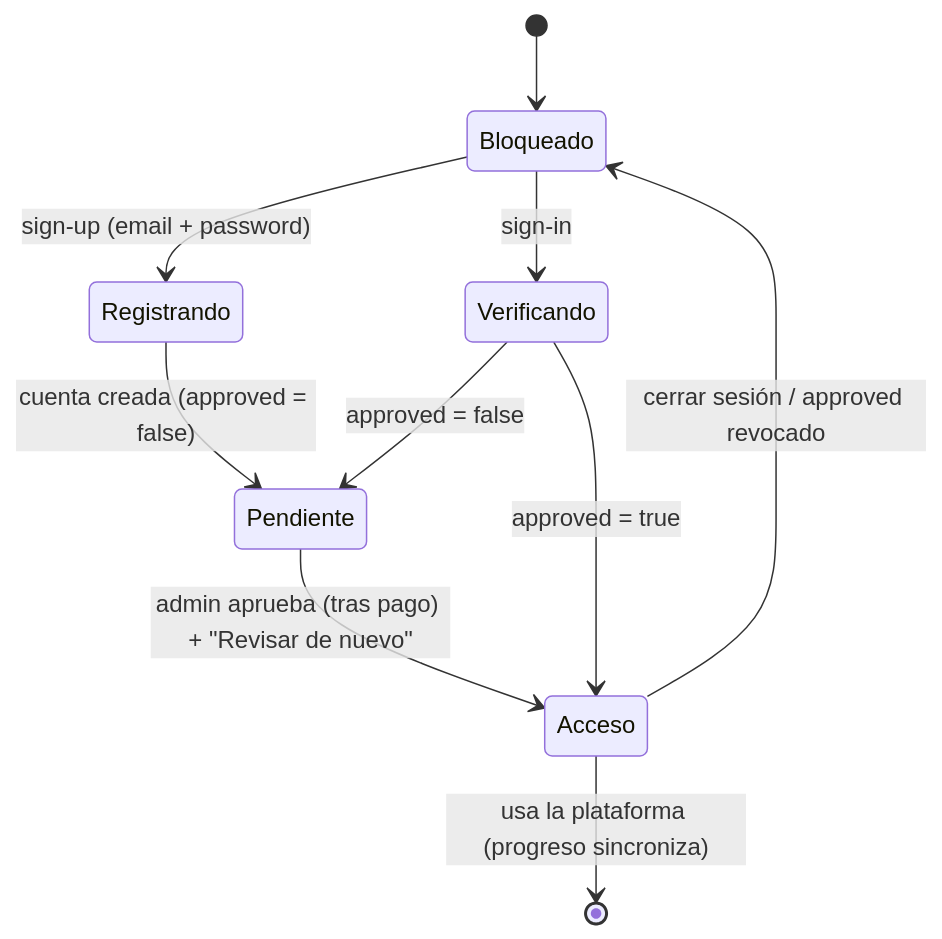
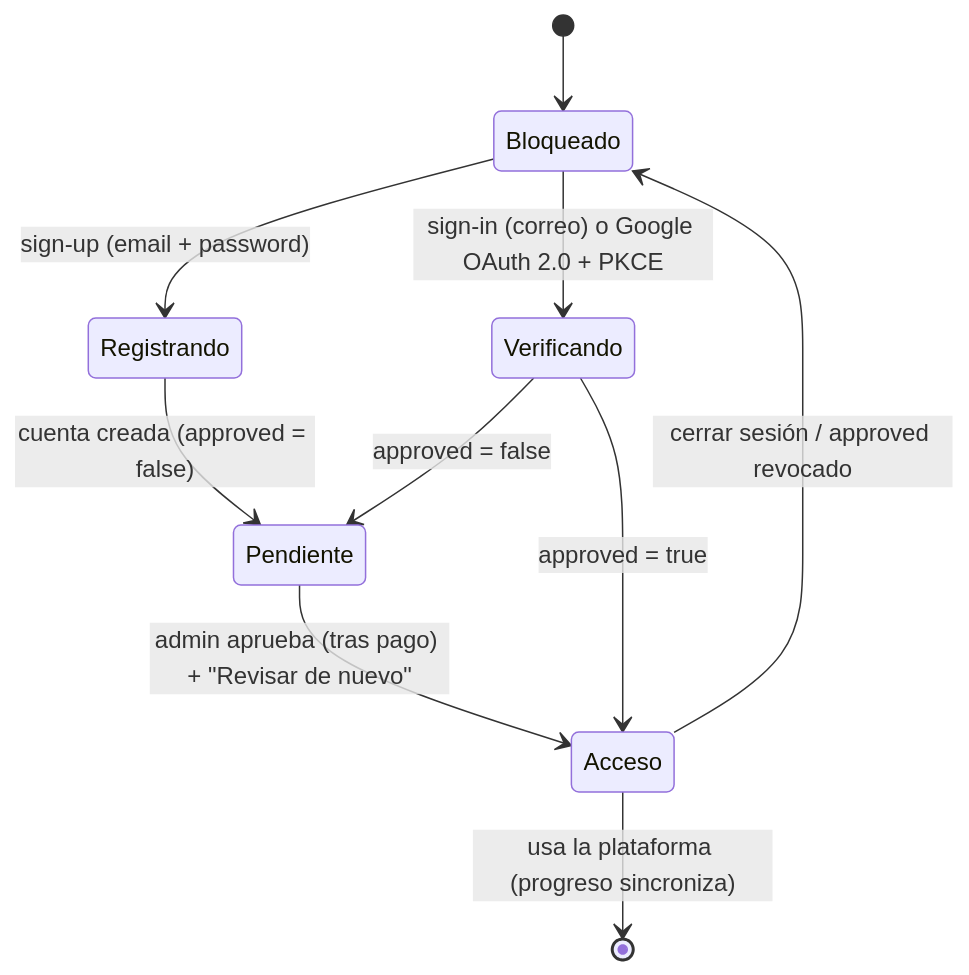
Before and after one commit to crabb-beltran/de-dojo: the sixth of 8 diagrams in docs/ARCHITECTURE.md, drawn with Mermaid. The commit also changed other lines of this file and 4 other files, not shown here.

First line of the commit message:
docs: document TRL5 increment (Google OAuth setup, telemetry SQL, Cloudflare Pages, Gemini tutor)

````diff
--- a/docs/ARCHITECTURE.md
+++ b/docs/ARCHITECTURE.md
@@ -238,12 +266,12 @@
 ```mermaid
 stateDiagram-v2
   [*] --> Bloqueado
   Bloqueado --> Registrando: sign-up (email + password)
   Registrando --> Pendiente: cuenta creada (approved = false)
-  Bloqueado --> Verificando: sign-in
+  Bloqueado --> Verificando: sign-in (correo) o Google OAuth 2.0 + PKCE
   Verificando --> Pendiente: approved = false
   Verificando --> Acceso: approved = true
   Pendiente --> Acceso: admin aprueba (tras pago) + "Revisar de nuevo"
   Acceso --> Bloqueado: cerrar sesión / approved revocado
   Acceso --> [*]: usa la plataforma (progreso sincroniza)
 ```
````
